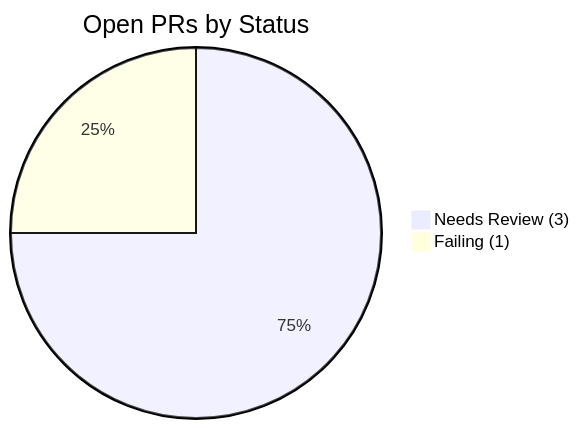
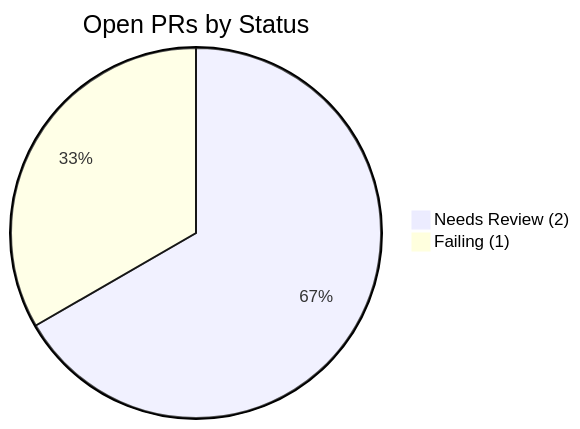
The first of 4 diagrams in docs/tracker.md (Nitsur10/invoice-dashboard-deploy), drawn with Mermaid before and after one commit. The commit also changed other lines of this file and 1 other file, not shown here.

````diff
--- a/docs/tracker.md
+++ b/docs/tracker.md
@@ -18,10 +18,10 @@
 ```mermaid
 pie title Open PRs by Status
     
-    "Needs Review (3)" : 3
+    "Needs Review (2)" : 2
     "Failing (1)" : 1
     
     
     
     
 ```
````
